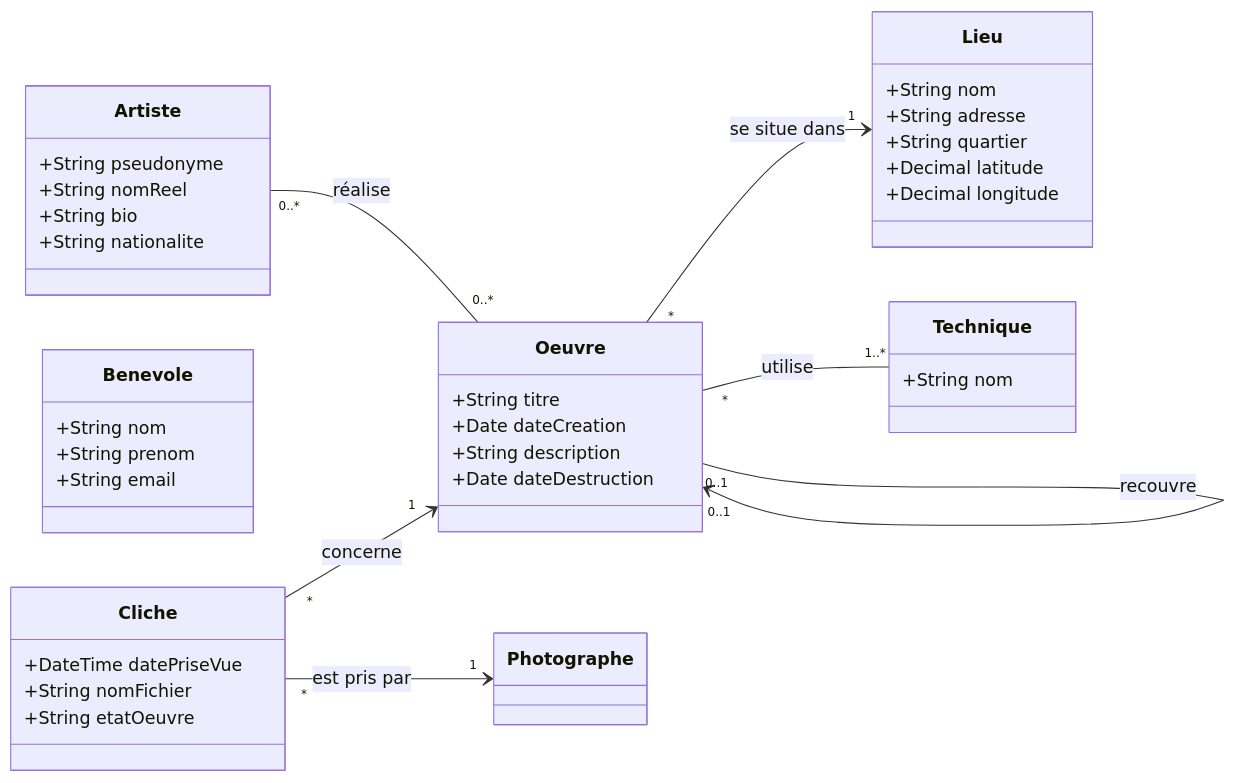
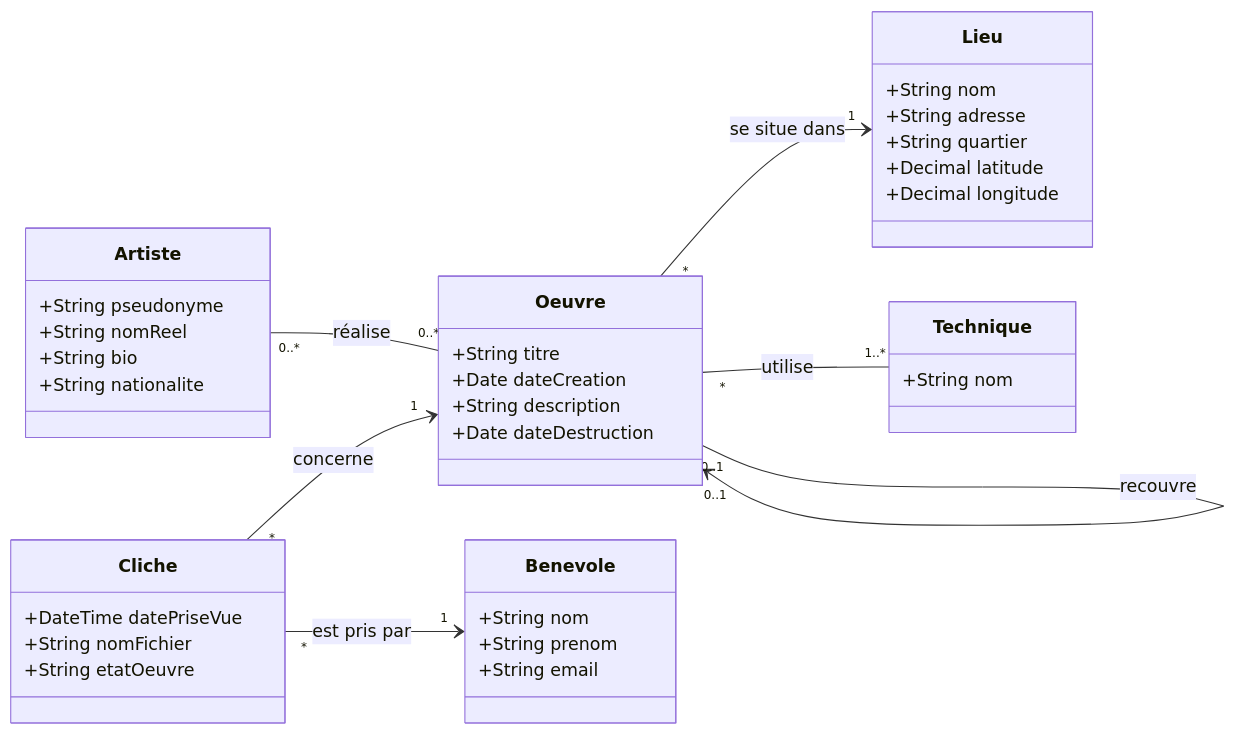
Before and after one commit to AlanFerronniere/EPSI_B2_20262027: the diagram in Conception Exploitation de BDD MSSQL/Révision Merise - UML.md, drawn with Mermaid.

Commit message:
vault backup: 2026-09-22 10:29:19

````diff
--- a/Conception Exploitation de BDD MSSQL/Révision Merise - UML.md
+++ b/Conception Exploitation de BDD MSSQL/Révision Merise - UML.md
@@ -18,49 +18,49 @@
 ```mermaid
 classDiagram
     direction LR
 
     class Artiste {
         +String pseudonyme
         +String nomReel
         +String bio
         +String nationalite
     }
 
     class Lieu {
         +String nom
         +String adresse
         +String quartier
         +Decimal latitude
         +Decimal longitude
     }
 
     class Oeuvre {
         +String titre
         +Date dateCreation
         +String description
         +Date dateDestruction
     }
 
     class Technique {
         +String nom
     }
 
     class Benevole {
         +String nom
         +String prenom
         +String email
     }
 
     class Cliche {
         +DateTime datePriseVue
         +String nomFichier
         +String etatOeuvre
     }
 
     Artiste "0..*" -- "0..*" Oeuvre : réalise
     Oeuvre "*" --> "1" Lieu : se situe dans
     Oeuvre "*" -- "1..*" Technique : utilise
     Cliche "*" --> "1" Oeuvre : concerne
-    Cliche "*" --> "1" Photographe : est pris par
+    Cliche "*" --> "1" Benevole : est pris par
     Oeuvre "0..1" --> "0..1" Oeuvre : recouvre
 ```
````
